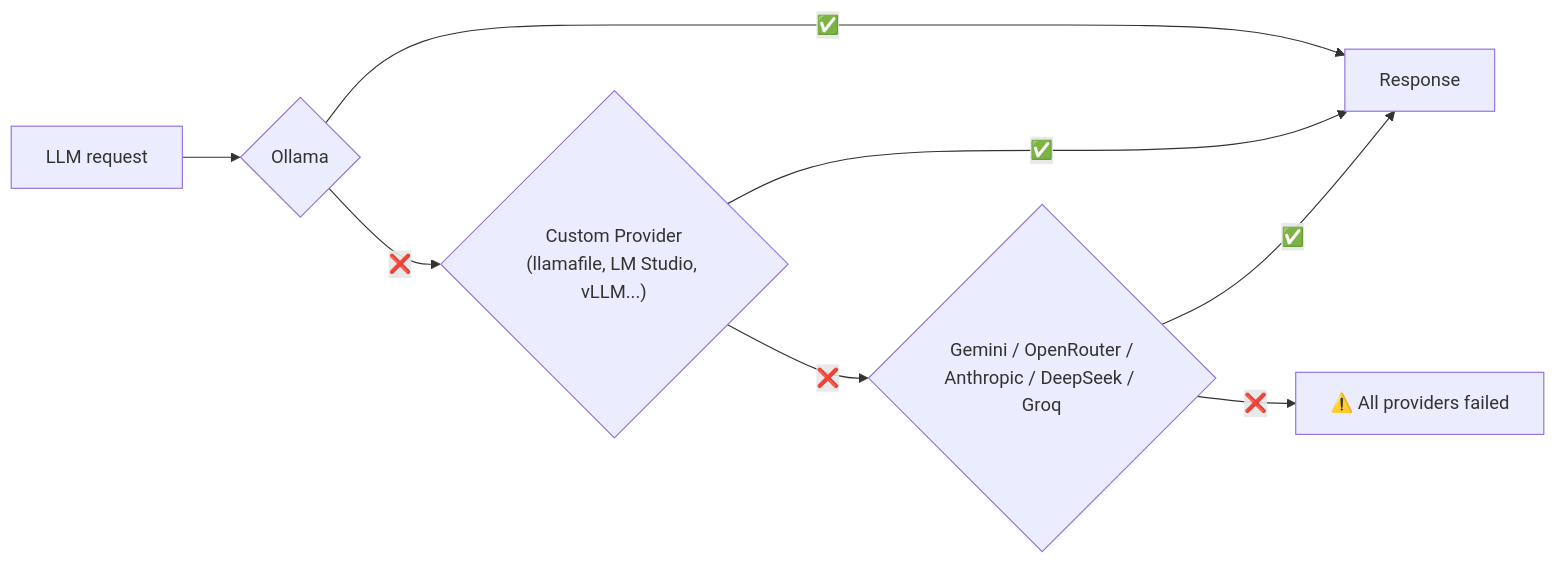
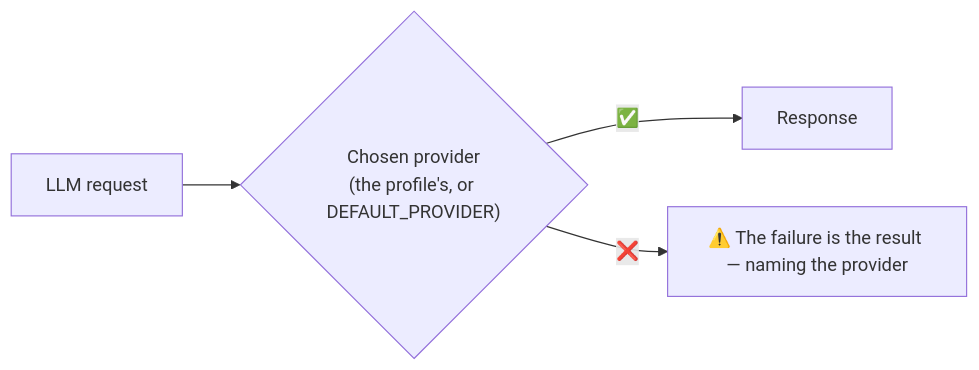
The fifth of 5 diagrams in docs/TECHNICAL_OVERVIEW.md (rovanni/NewClaw), drawn with Mermaid before and after one commit. The commit also changed other lines of this file and 27 other files, not shown here.

````diff
--- a/docs/TECHNICAL_OVERVIEW.md
+++ b/docs/TECHNICAL_OVERVIEW.md
@@ -234,10 +234,6 @@
 ```mermaid
 flowchart LR
-    A["LLM request"] --> O{"Ollama"}
-    O -->|"✅"| Z["Response"]
-    O -->|"❌"| C{"Custom Provider\n(llamafile, LM Studio, vLLM...)"}
-    C -->|"✅"| Z
-    C -->|"❌"| G{"Gemini / OpenRouter /\nAnthropic / DeepSeek / Groq"}
-    G -->|"✅"| Z
-    G -->|"❌"| F["⚠️ All providers failed"]
+    A["LLM request"] --> P{"Chosen provider\n(the profile's, or DEFAULT_PROVIDER)"}
+    P -->|"✅"| Z["Response"]
+    P -->|"❌"| F["⚠️ The failure is the result — naming the provider"]
 ```
````
